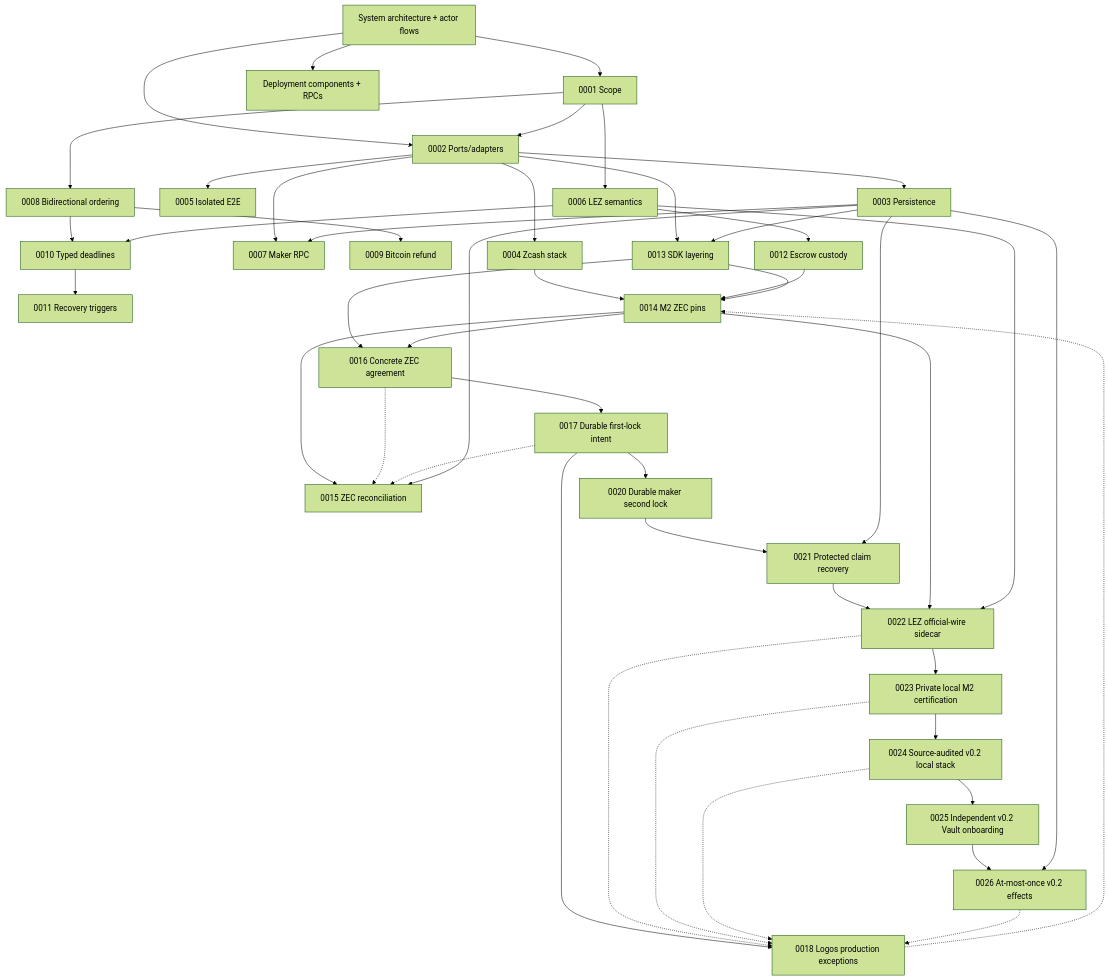
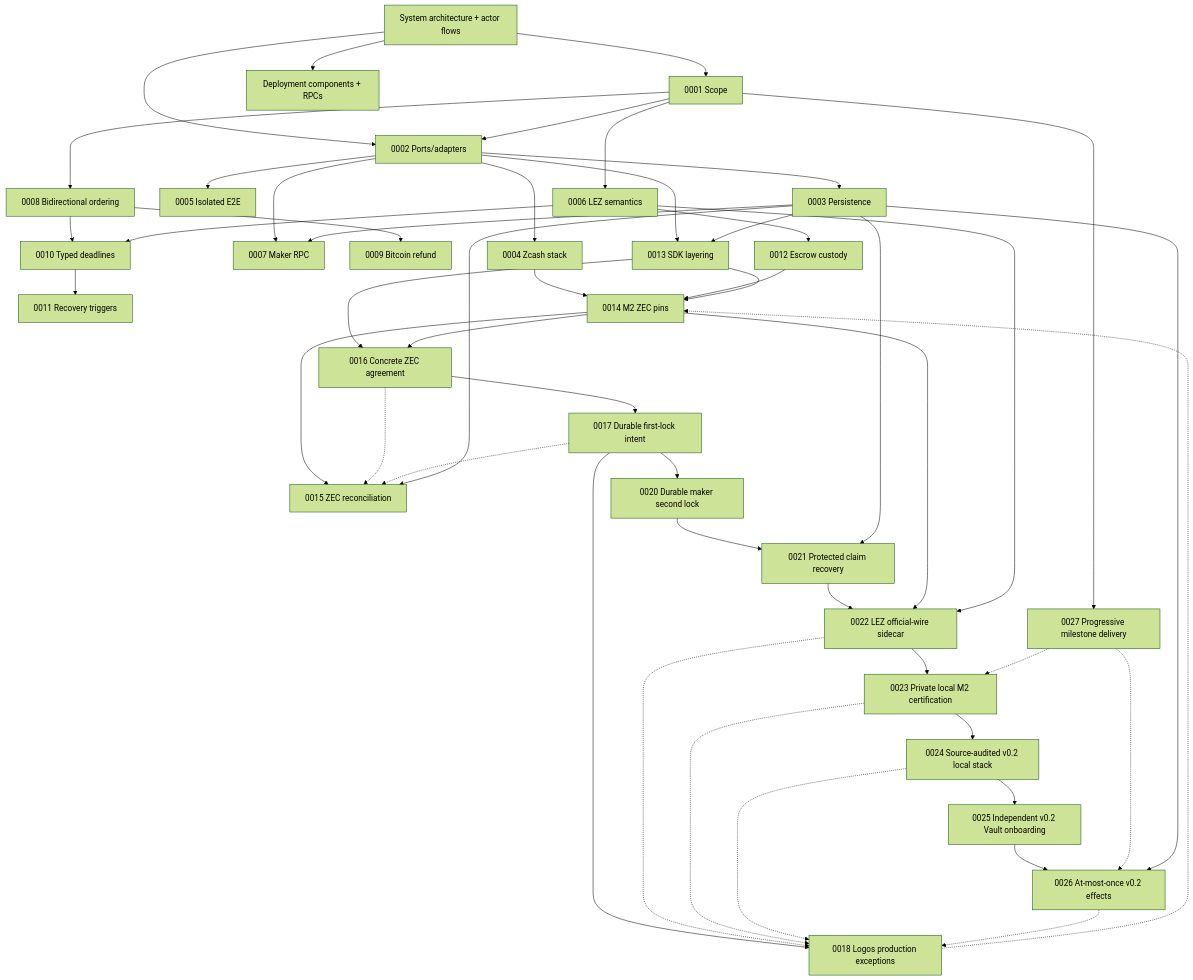
The diagram in docs/architecture/README.md (gateway-fm/lez-atomic-swaps), drawn with Mermaid (forest theme) before and after one commit. The commit also changed other lines of this file and 4 other files, not shown here.

Commit message:
docs: adopt progressive milestone delivery

````diff
--- a/docs/architecture/README.md
+++ b/docs/architecture/README.md
@@ -25,48 +25,51 @@
 ```mermaid
 flowchart TB
     System["System architecture + actor flows"] --> Scope["0001 Scope"]
     System --> Deployment["Deployment components + RPCs"]
     System --> Ports["0002 Ports/adapters"]
     Scope --> Ports
     Ports --> Persistence["0003 Persistence"]
     Ports --> Zcash["0004 Zcash stack"]
     Ports --> Docker["0005 Isolated E2E"]
     Scope --> LEZ["0006 LEZ semantics"]
     Ports --> RPC["0007 Maker RPC"]
     Scope --> Direction["0008 Bidirectional ordering"]
     Direction --> Bitcoin["0009 Bitcoin refund"]
     Direction --> Deadlines["0010 Typed deadlines"]
     LEZ --> Deadlines
     Deadlines --> Recovery["0011 Recovery triggers"]
     LEZ --> Custody["0012 Escrow custody"]
     Ports --> SDK["0013 SDK layering"]
     Zcash --> ZecPins["0014 M2 ZEC pins"]
     Custody --> ZecPins
     SDK --> ZecPins
     ZecPins --> ZecReconcile["0015 ZEC reconciliation"]
     SDK --> Agreement["0016 Concrete ZEC agreement"]
     Agreement --> FirstLock["0017 Durable first-lock intent"]
     FirstLock --> MakerLock["0020 Durable maker second lock"]
     MakerLock --> ClaimRecovery["0021 Protected claim recovery"]
     ClaimRecovery --> LezSidecar["0022 LEZ official-wire sidecar"]
     LezSidecar --> LocalM2["0023 Private local M2 certification"]
     LocalM2 --> LocalStack["0024 Source-audited v0.2 local stack"]
     LocalStack --> VaultActors["0025 Independent v0.2 Vault onboarding"]
     VaultActors --> V02Effects["0026 At-most-once v0.2 effects"]
+    Scope --> Progressive["0027 Progressive milestone delivery"]
+    Progressive -.-> LocalM2
+    Progressive -.-> V02Effects
     ZecPins --> LezSidecar
     LEZ --> LezSidecar
     ZecPins --> Agreement
     Agreement -.-> ZecReconcile
     FirstLock -.-> ZecReconcile
     FirstLock --> Upstream["0018 Logos production exceptions"]
     Upstream -.-> ZecPins
     Persistence --> ZecReconcile
     Persistence --> SDK
     Persistence --> RPC
     Persistence --> ClaimRecovery
     Persistence --> V02Effects
     LezSidecar -.-> Upstream
     LocalM2 -.-> Upstream
     LocalStack -.-> Upstream
     V02Effects -.-> Upstream
 ```
````
